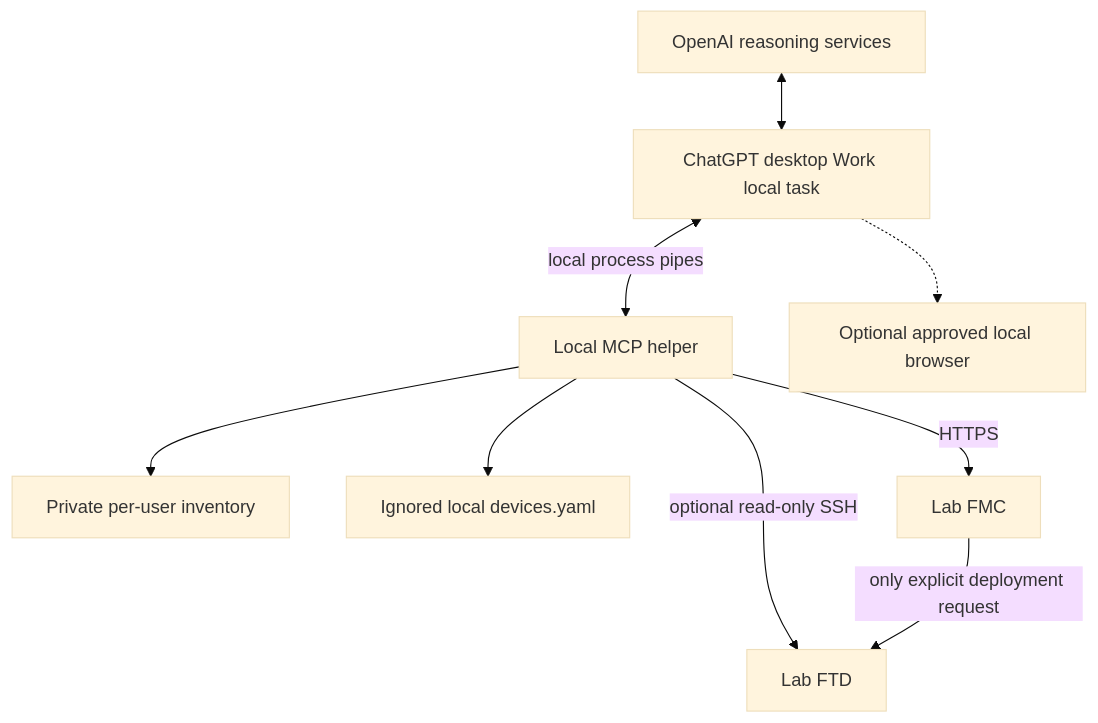
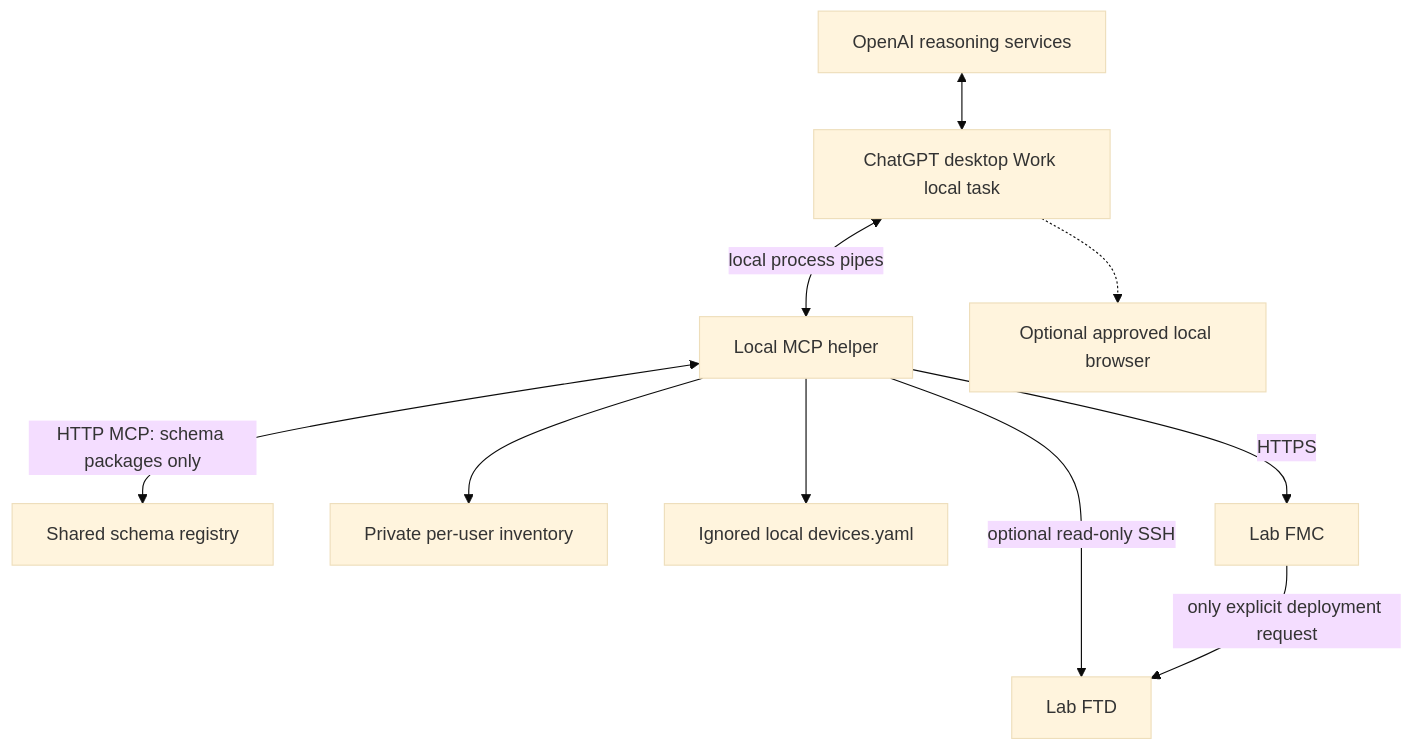
Before and after one commit to ashlin10/secure-firewall-assistant: the diagram in docs/ARCHITECTURE.md, drawn with Mermaid (base theme). The commit also changed other lines of this file and 34 other files, not shown here.

Commit message:
Add shared versioned schema MCP and typed device inventory

````diff
--- a/docs/ARCHITECTURE.md
+++ b/docs/ARCHITECTURE.md
@@ -9,11 +11,12 @@
 ```mermaid
 flowchart TD
   OpenAI[OpenAI reasoning services] <--> Work[ChatGPT desktop Work local task]
   Work <-->|local process pipes| Helper[Local MCP helper]
+  Helper <-->|HTTP MCP: schema packages only| Registry[Shared schema registry]
   Helper --> Inventory[Private per-user inventory]
   Helper --> CredentialFile[Ignored local devices.yaml]
   Helper -->|HTTPS| FMC[Lab FMC]
   Helper -->|optional read-only SSH| FTD[Lab FTD]
   FMC -->|only explicit deployment request| FTD
   Work -.-> Browser[Optional approved local browser]
 ```
````
